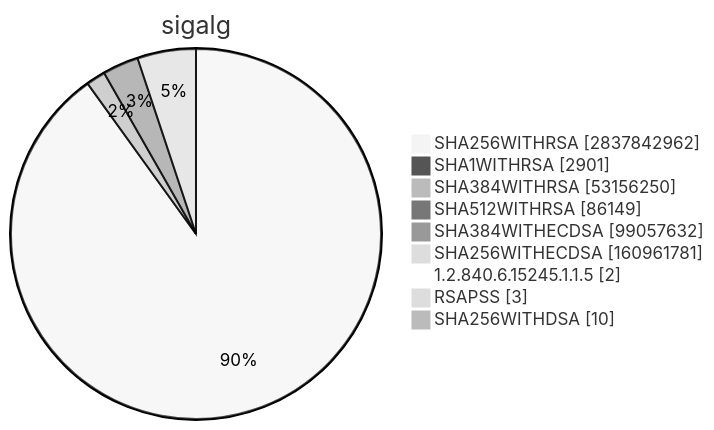
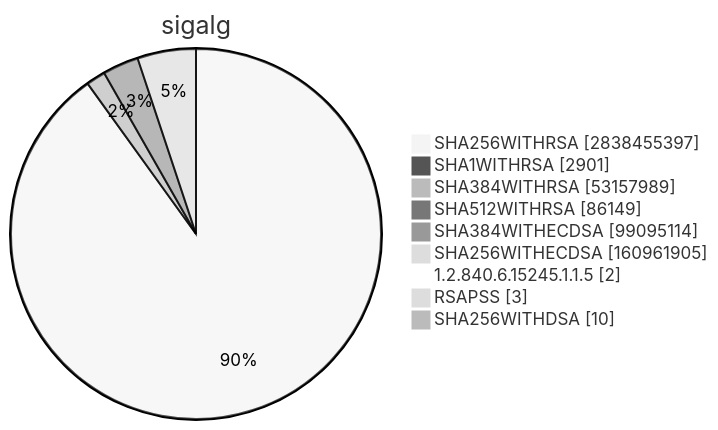
One commit to christiankrug/ctmonitor_visualization changed diagram 15 of 15 in TOTAL/README.md. Above: the diagram before and after it, drawn with Mermaid (neutral theme). The commit also changed other lines of this file, not shown here.

````diff
--- a/TOTAL/README.md
+++ b/TOTAL/README.md
@@ -6207,13 +6207,13 @@
 ```mermaid
 pie showData
 title sigalg
-"SHA256WITHRSA" :2837842962
+"SHA256WITHRSA" :2838455397
 "SHA1WITHRSA" :2901
-"SHA384WITHRSA" :53156250
+"SHA384WITHRSA" :53157989
 "SHA512WITHRSA" :86149
-"SHA384WITHECDSA" :99057632
-"SHA256WITHECDSA" :160961781
+"SHA384WITHECDSA" :99095114
+"SHA256WITHECDSA" :160961905
 "1.2.840.6.15245.1.1.5" :2
 "RSAPSS" :3
 "SHA256WITHDSA" :10
 ```
````
